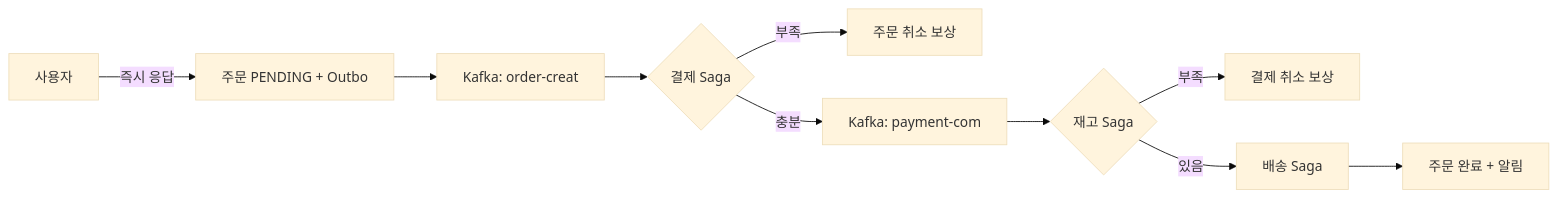
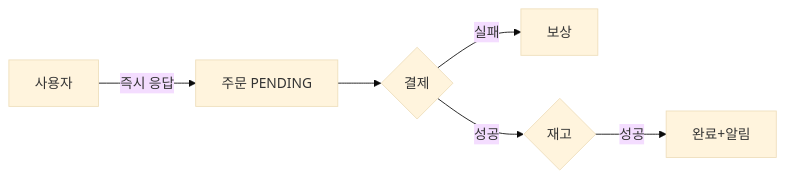
One commit to yjkim2015/yjkim2015.github.io changed diagram 12 of 14 in _posts/architecture/2026-05-02-distributed-transaction-deep.md. Above: the diagram before and after it, drawn with Mermaid (base theme). The commit also changed other lines of this file and 163 other files, not shown here.

First line of the commit message:
Mermaid 300개 블록 내용 축소: 5노드 5엣지 이하, 의미 있는 약어

````diff
--- a/_posts/architecture/2026-05-02-distributed-transaction-deep.md
+++ b/_posts/architecture/2026-05-02-distributed-transaction-deep.md
@@ -528,12 +524,8 @@
 ```mermaid
 graph LR
-    User["사용자"] -->|즉시 응답| Order["주문 PENDING + Outbo"]
-    Order --> K1["Kafka: order-creat"]
-    K1 --> Pay{"결제 Saga"}
-    Pay -->|부족| C1["주문 취소 보상"]
-    Pay -->|충분| K2["Kafka: payment-com"]
-    K2 --> Inv{"재고 Saga"}
-    Inv -->|부족| C2["결제 취소 보상"]
-    Inv -->|있음| Delivery["배송 Saga"]
-    Delivery --> Done["주문 완료 + 알림"]
+    User["사용자"] -->|"즉시 응답"| Order["주문 PENDING"]
+    Order --> Pay{"결제"}
+    Pay -->|"실패"| C1["보상"]
+    Pay -->|"성공"| Inv{"재고"}
+    Inv -->|"성공"| Done["완료+알림"]
 ```
````
